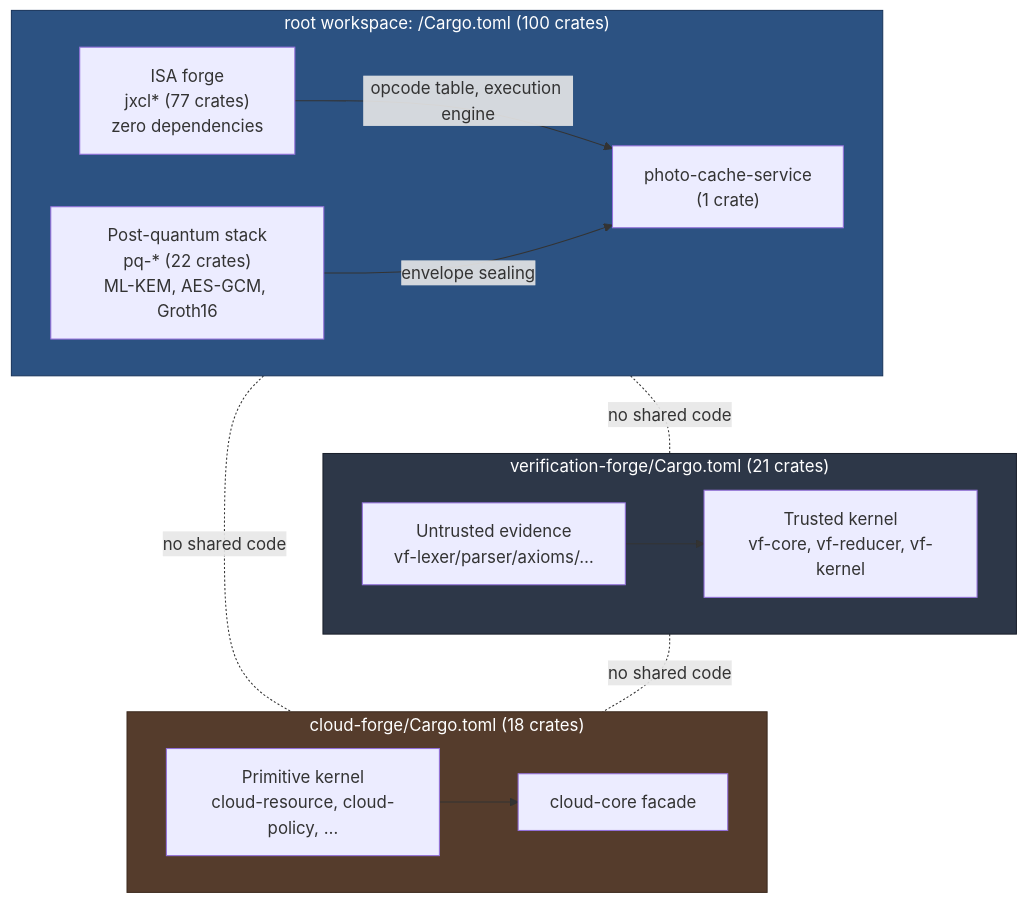
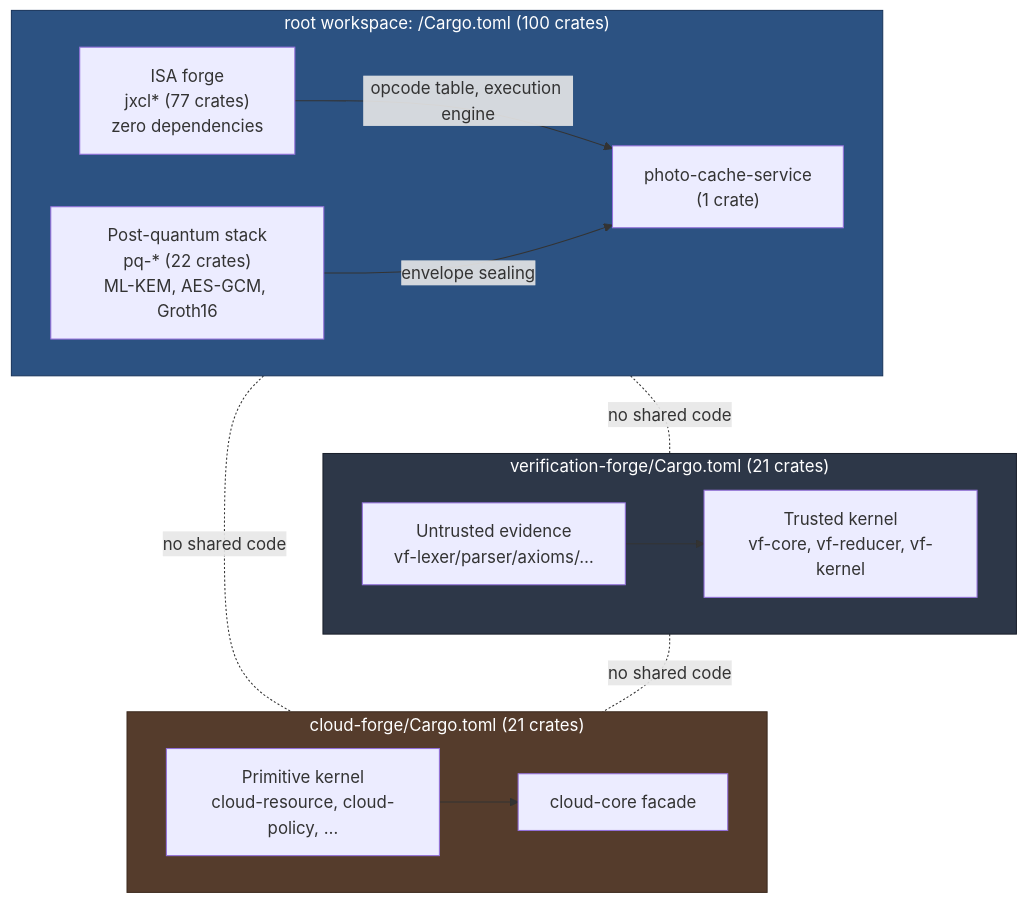
Before and after one commit to SNAPKITTYAGENT9NOVA/tlm-jxcl-forge: the first of 5 diagrams in README.md, drawn with Mermaid. The commit also changed other lines of this file and 11 other files, not shown here.

First line of the commit message:
cloud-forge: Phase 4, compute primitives

````diff
--- a/README.md
+++ b/README.md
@@ -69,33 +69,33 @@
 ```mermaid
 flowchart TB
     subgraph ROOT["root workspace: /Cargo.toml (100 crates)"]
         direction LR
         isa["ISA forge<br/>jxcl* (77 crates)<br/>zero dependencies"]
         pq["Post-quantum stack<br/>pq-* (22 crates)<br/>ML-KEM, AES-GCM, Groth16"]
         svc["photo-cache-service<br/>(1 crate)"]
         isa -->|opcode table, execution engine| svc
         pq -->|envelope sealing| svc
     end
 
     subgraph VF["verification-forge/Cargo.toml (21 crates)"]
         direction LR
         vfk["Trusted kernel<br/>vf-core, vf-reducer, vf-kernel"]
         vfe["Untrusted evidence<br/>vf-lexer/parser/axioms/…"]
         vfe --> vfk
     end
 
-    subgraph CF["cloud-forge/Cargo.toml (18 crates)"]
+    subgraph CF["cloud-forge/Cargo.toml (21 crates)"]
         direction LR
         cfk["Primitive kernel<br/>cloud-resource, cloud-policy, …"]
         cfc["cloud-core facade"]
         cfk --> cfc
     end
 
     ROOT -.no shared code.- VF
     ROOT -.no shared code.- CF
     VF -.no shared code.- CF
 
     style ROOT fill:#2c5282,color:#fff,stroke:#1a365d
     style VF fill:#2d3748,color:#fff,stroke:#1a202c
     style CF fill:#553c2c,color:#fff,stroke:#3d2b1f
 ```
````
